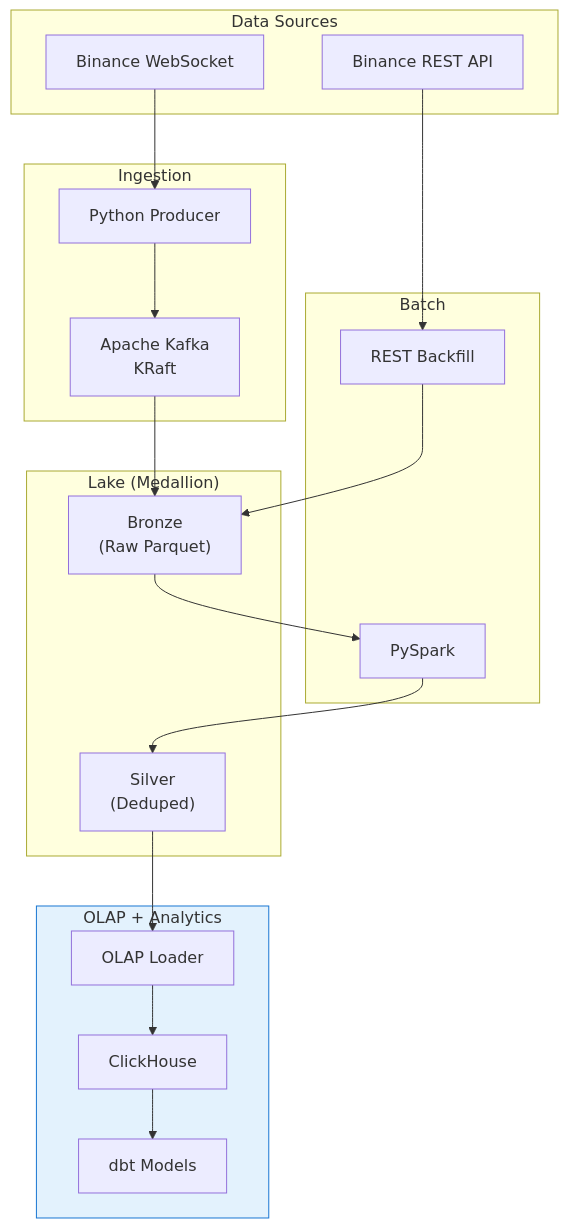
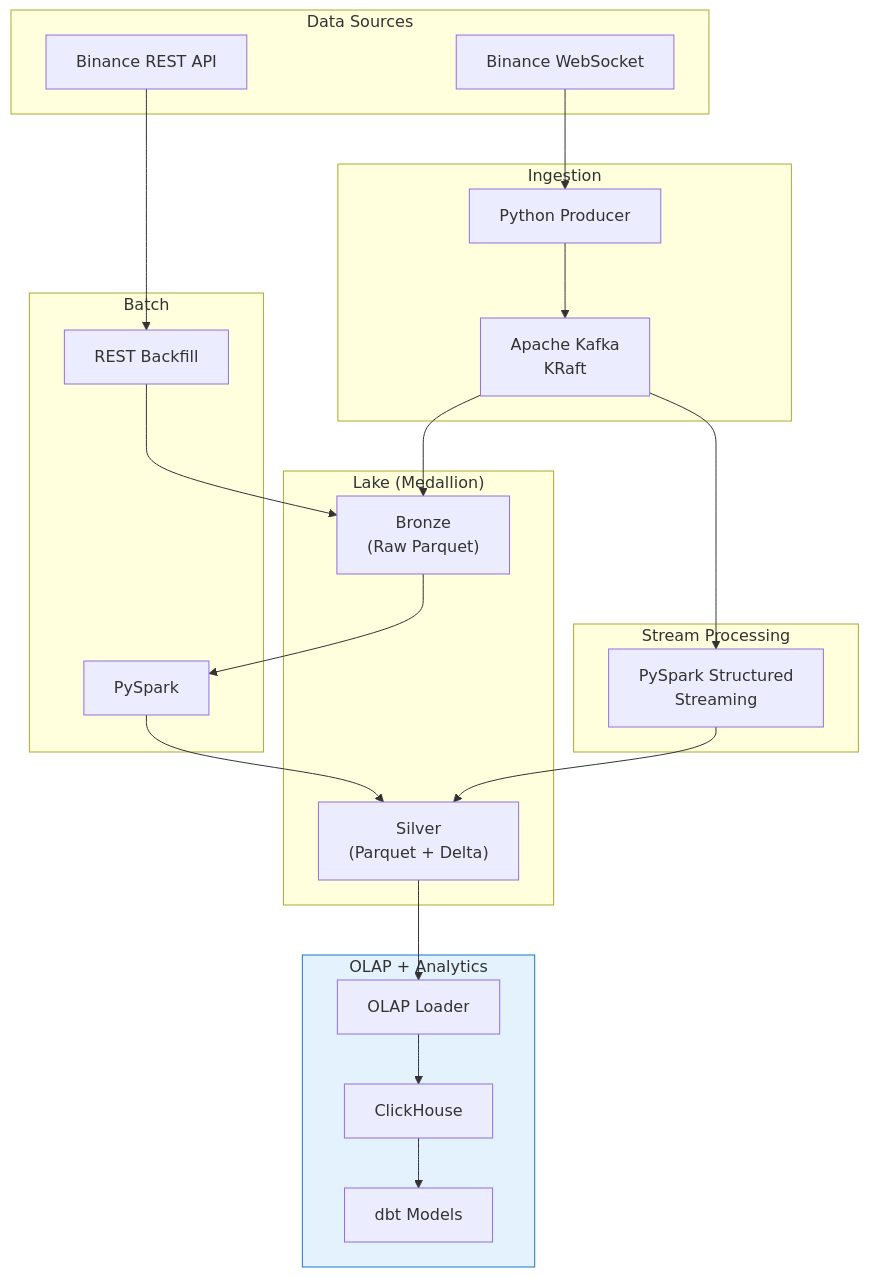
One commit to weecici/project-x changed the diagram in README.md. Above: the diagram before and after it, drawn with Mermaid. The commit also changed other lines of this file, not shown here.

````diff
--- a/README.md
+++ b/README.md
@@ -5,37 +5,43 @@
 ```mermaid
 flowchart TB
     subgraph SRC["Data Sources"]
         WS["Binance WebSocket"]
         REST["Binance REST API"]
     end
 
     subgraph INGEST["Ingestion"]
         PROD["Python Producer"]
         KAFKA["Apache Kafka\nKRaft"]
     end
 
     subgraph BATCH["Batch"]
         BF["REST Backfill"]
         SPARK["PySpark"]
     end
 
+    subgraph STREAM["Stream Processing"]
+        SPARK_STREAM["PySpark Structured\nStreaming"]
+    end
+
     subgraph LAKE["Lake (Medallion)"]
         BRONZE["Bronze\n(Raw Parquet)"]
-        SILVER["Silver\n(Deduped)"]
+        SILVER["Silver\n(Parquet + Delta)"]
     end
 
     subgraph OLAP["OLAP + Analytics"]
         LOADER["OLAP Loader"]
         CH["ClickHouse"]
         DBT["dbt Models"]
     end
 
     WS --> PROD --> KAFKA --> BRONZE
+    KAFKA --> SPARK_STREAM
     REST --> BF --> BRONZE
     BRONZE --> SPARK --> SILVER
+    SPARK_STREAM --> SILVER
 
     SILVER --> LOADER --> CH
     CH --> DBT
 
     style OLAP fill:#e3f2fd,stroke:#1976d2
 ```
````
